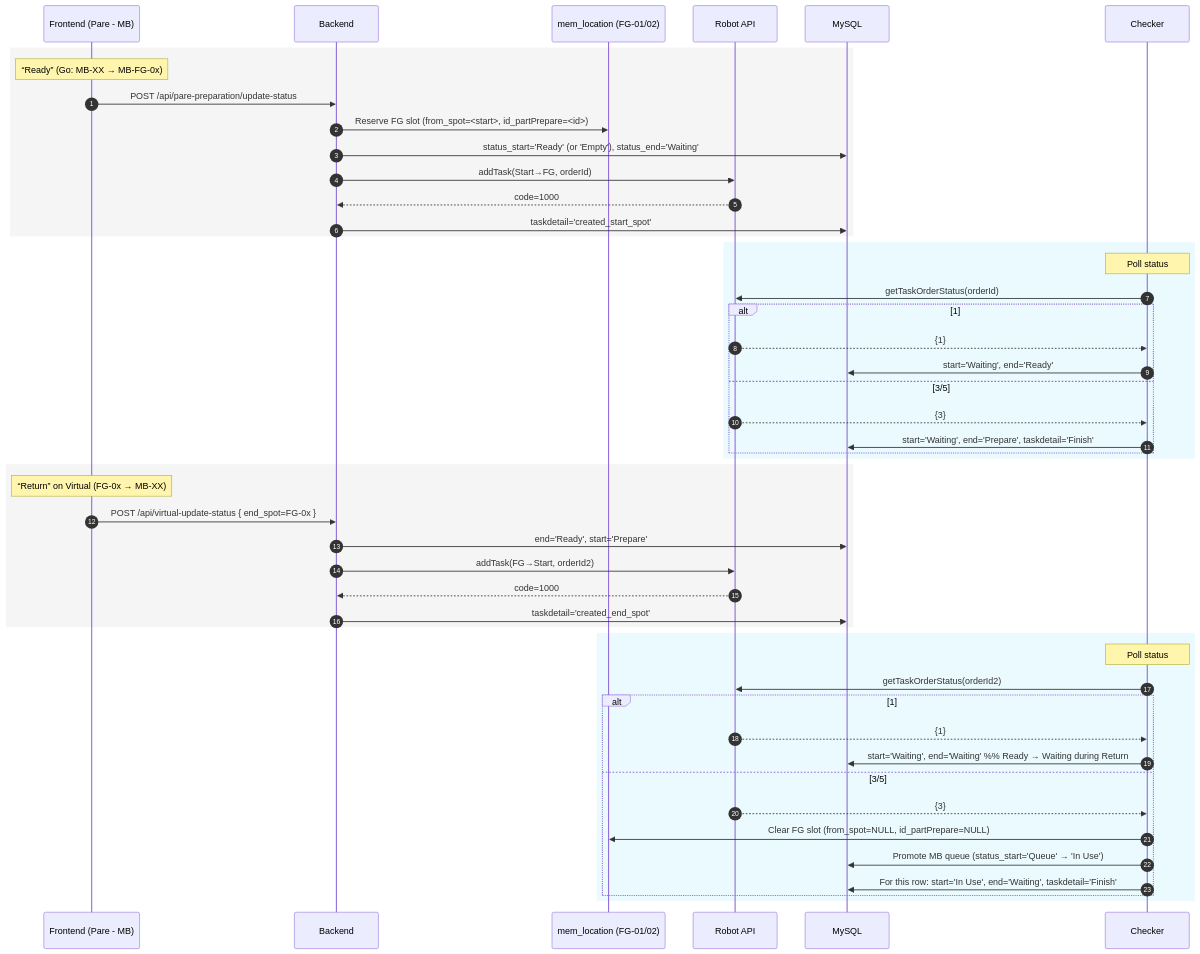
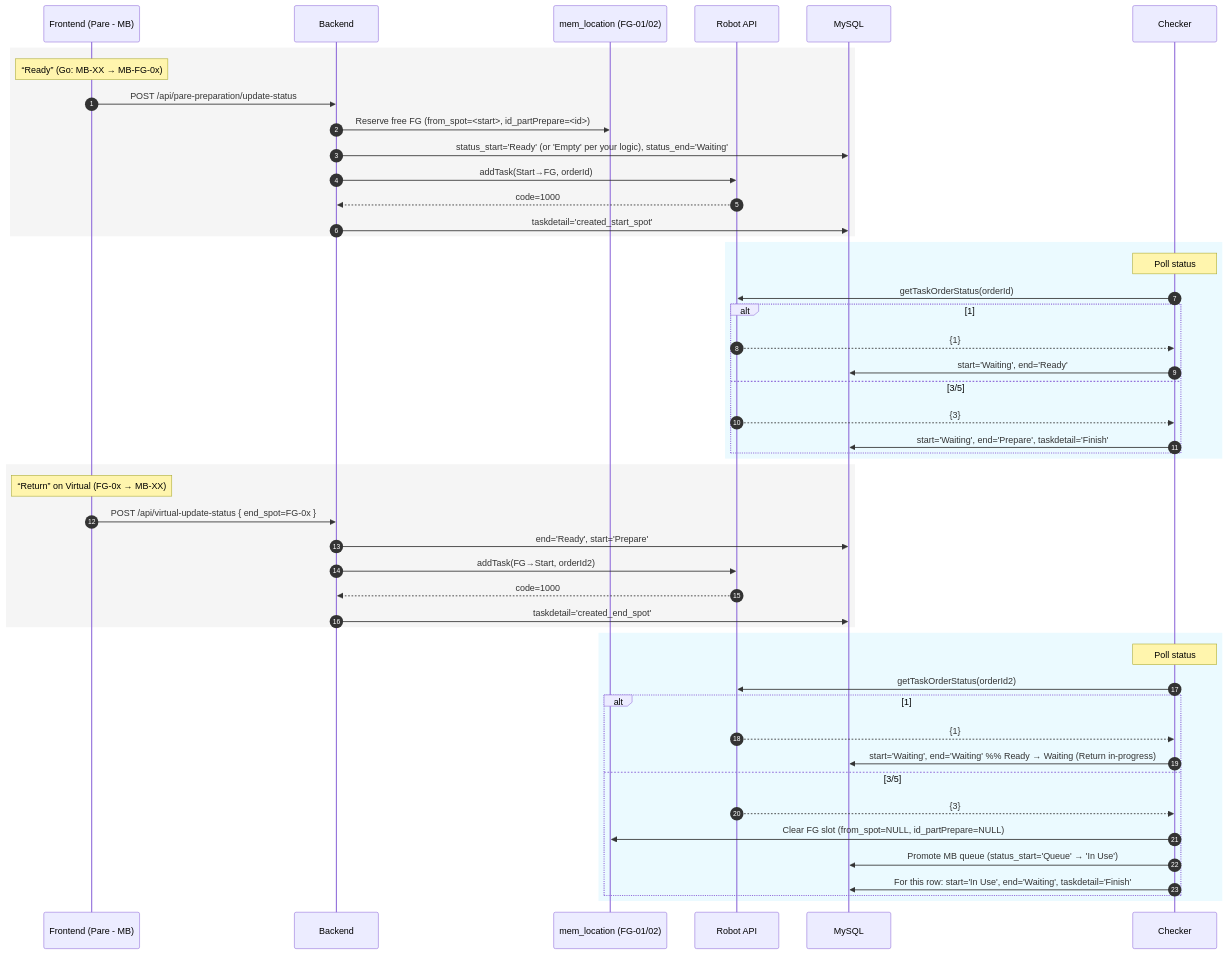
The second of 3 diagrams in README.md (giftjira/AMR_WebApp), drawn with Mermaid before and after one commit. The commit also changed other lines of this file and 2 other files, not shown here.

````diff
--- a/README.md
+++ b/README.md
@@ -162,55 +139,55 @@
 ```mermaid
 sequenceDiagram
     autonumber
     participant FE as Frontend (Pare - MB)
     participant BE as Backend
     participant MEM as mem_location (FG-01/02)
     participant RCS as Robot API
     participant DB as MySQL
     participant CRON as Checker
 
     rect rgb(245,245,245)
       Note over FE: “Ready” (Go: MB-XX → MB-FG-0x)
       FE->>BE: POST /api/pare-preparation/update-status
-      BE->>MEM: Reserve FG slot (from_spot=<start>, id_partPrepare=<id>)
-      BE->>DB: status_start='Ready' (or 'Empty'), status_end='Waiting'
+      BE->>MEM: Reserve free FG (from_spot=<start>, id_partPrepare=<id>)
+      BE->>DB: status_start='Ready' (or 'Empty' per your logic), status_end='Waiting'
       BE->>RCS: addTask(Start→FG, orderId)
       RCS-->>BE: code=1000
       BE->>DB: taskdetail='created_start_spot'
     end
 
     rect rgb(235,250,255)
       Note over CRON: Poll status
       CRON->>RCS: getTaskOrderStatus(orderId)
       alt 1
         RCS-->>CRON: {1}
         CRON->>DB: start='Waiting', end='Ready'
       else 3/5
         RCS-->>CRON: {3}
         CRON->>DB: start='Waiting', end='Prepare', taskdetail='Finish'
       end
     end
 
     rect rgb(245,245,245)
       Note over FE: “Return” on Virtual (FG-0x → MB-XX)
       FE->>BE: POST /api/virtual-update-status { end_spot=FG-0x }
       BE->>DB: end='Ready', start='Prepare'
       BE->>RCS: addTask(FG→Start, orderId2)
       RCS-->>BE: code=1000
       BE->>DB: taskdetail='created_end_spot'
     end
 
     rect rgb(235,250,255)
       Note over CRON: Poll status
       CRON->>RCS: getTaskOrderStatus(orderId2)
       alt 1
         RCS-->>CRON: {1}
-        CRON->>DB: start='Waiting', end='Waiting'  %% Ready → Waiting during Return
+        CRON->>DB: start='Waiting', end='Waiting' %% Ready → Waiting (Return in-progress)
       else 3/5
         RCS-->>CRON: {3}
         CRON->>MEM: Clear FG slot (from_spot=NULL, id_partPrepare=NULL)
         CRON->>DB: Promote MB queue (status_start='Queue' → 'In Use')
         CRON->>DB: For this row: start='In Use', end='Waiting', taskdetail='Finish'
       end
     end
 ```
````
